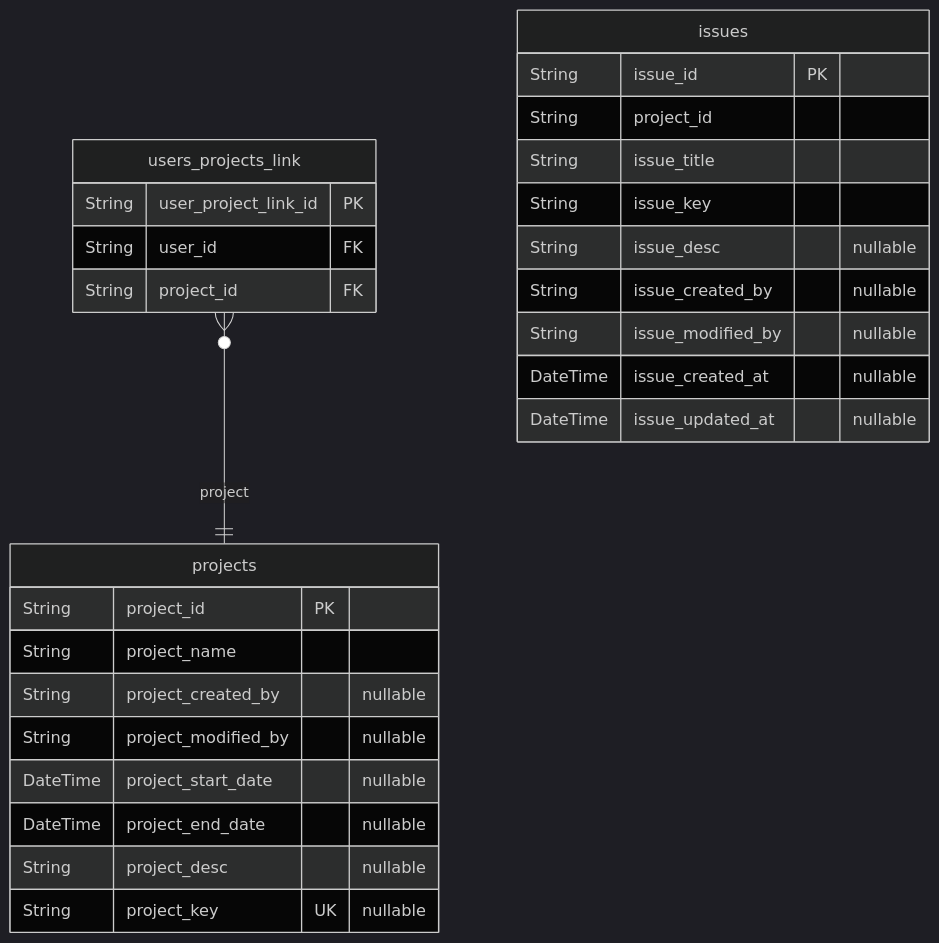
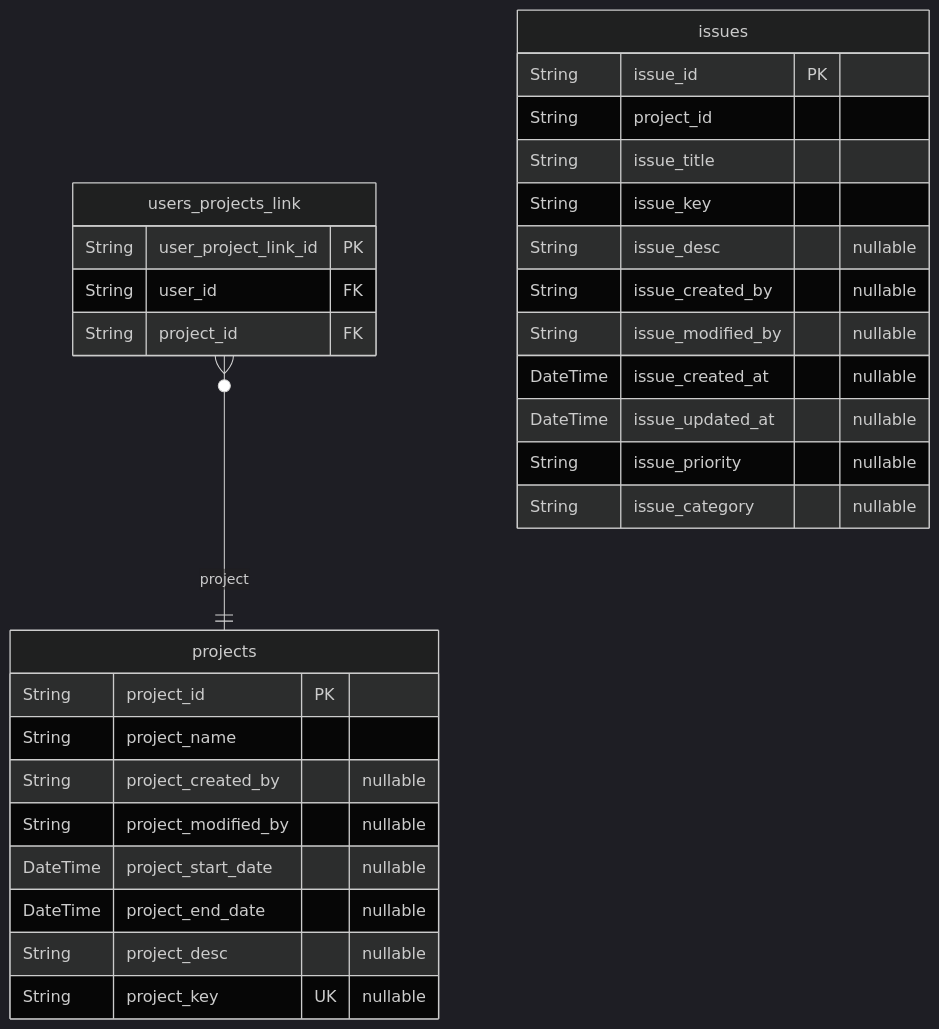
The second of 3 diagrams in docs/table-erd.md (jujoycode/hydra), drawn with Mermaid (dark theme) before and after one commit. The commit also changed other lines of this file and 32 other files, not shown here.

````diff
--- a/docs/table-erd.md
+++ b/docs/table-erd.md
@@ -72,30 +72,32 @@
 ```mermaid
 erDiagram
 "projects" {
   String project_id PK
   String project_name
   String project_created_by "nullable"
   String project_modified_by "nullable"
   DateTime project_start_date "nullable"
   DateTime project_end_date "nullable"
   String project_desc "nullable"
   String project_key UK "nullable"
 }
 "users_projects_link" {
   String user_project_link_id PK
   String user_id FK
   String project_id FK
 }
 "issues" {
   String issue_id PK
   String project_id
   String issue_title
   String issue_key
   String issue_desc "nullable"
   String issue_created_by "nullable"
   String issue_modified_by "nullable"
   DateTime issue_created_at "nullable"
   DateTime issue_updated_at "nullable"
+  String issue_priority "nullable"
+  String issue_category "nullable"
 }
 "users_projects_link" }o--|| "projects" : project
 ```
````
